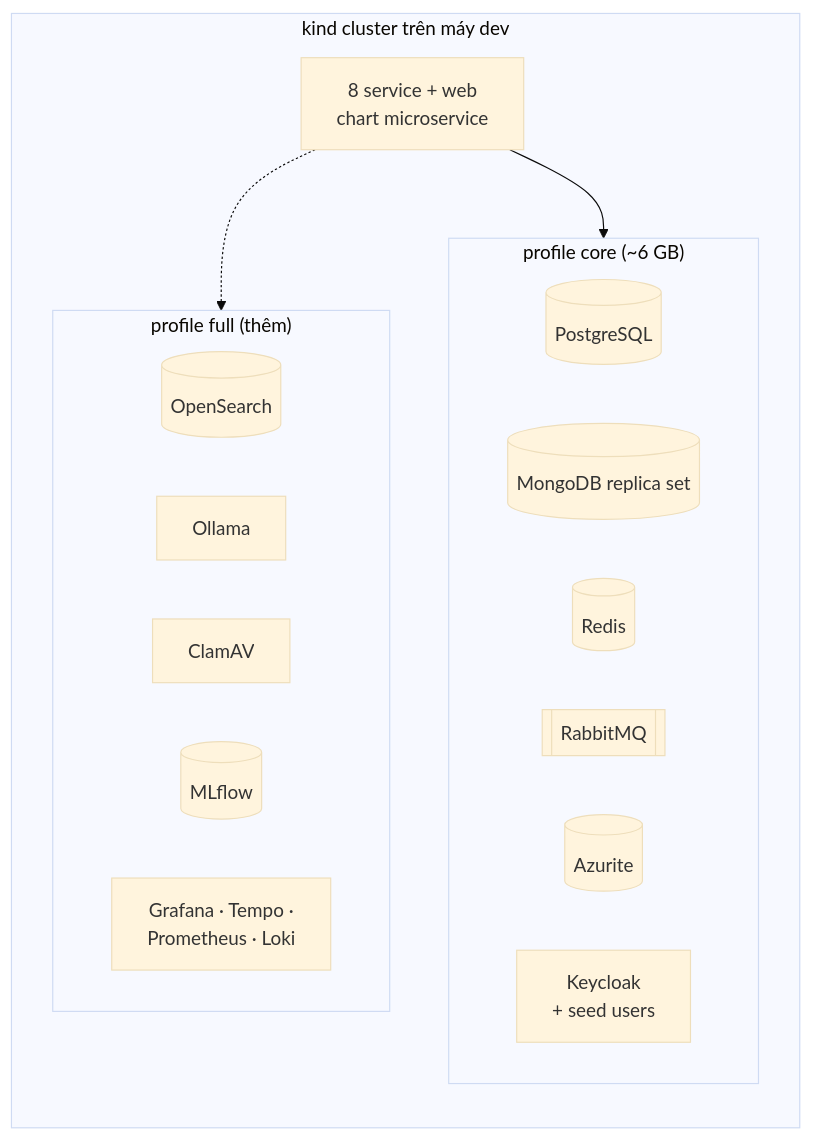
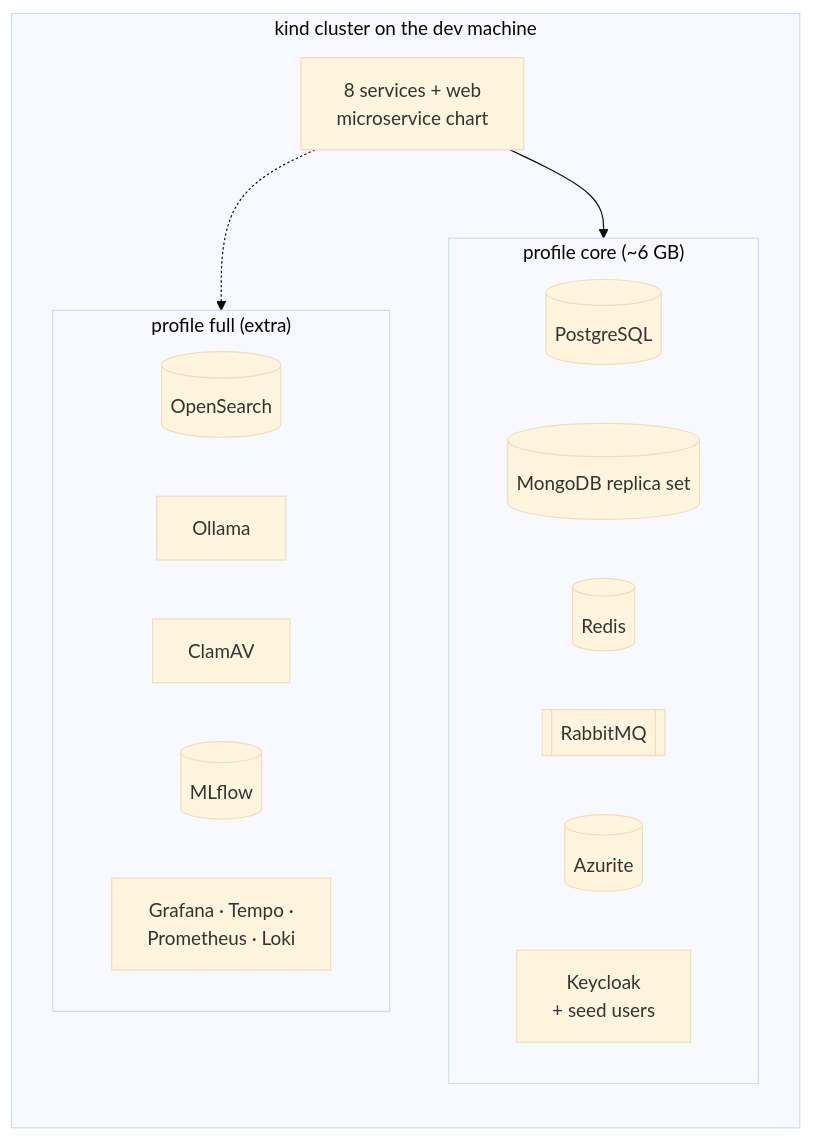
One commit to viethung12062005/smart-hospital-platform changed diagram 15 of 18 in docs/03-architecture/architecture-diagrams.md. Above: the diagram before and after it, drawn with Mermaid (base theme). The commit also changed other lines of this file and 346 other files, not shown here.

````diff
--- a/docs/03-architecture/architecture-diagrams.md
+++ b/docs/03-architecture/architecture-diagrams.md
@@ -562,26 +562,26 @@
 ```mermaid
 flowchart LR
-  subgraph KIND["kind cluster trên máy dev"]
+  subgraph KIND["kind cluster on the dev machine"]
     direction TB
     subgraph CORE["profile core (~6 GB)"]
       direction LR
       kPG[("PostgreSQL")]
       kMG[("MongoDB replica set")]
       kRD[("Redis")]
       kRMQ[["RabbitMQ"]]
       kAZ[("Azurite")]
       kKC["Keycloak<br/>+ seed users"]
     end
-    subgraph FULL["profile full (thêm)"]
+    subgraph FULL["profile full (extra)"]
       direction LR
       kOS[("OpenSearch")]
       kOL["Ollama"]
       kAV["ClamAV"]
       kMF[("MLflow")]
       kOB["Grafana · Tempo ·<br/>Prometheus · Loki"]
     end
-    kSVC["8 service + web<br/>chart microservice"]
+    kSVC["8 services + web<br/>microservice chart"]
   end
   kSVC --> CORE
   kSVC -.-> FULL
 ```
````
